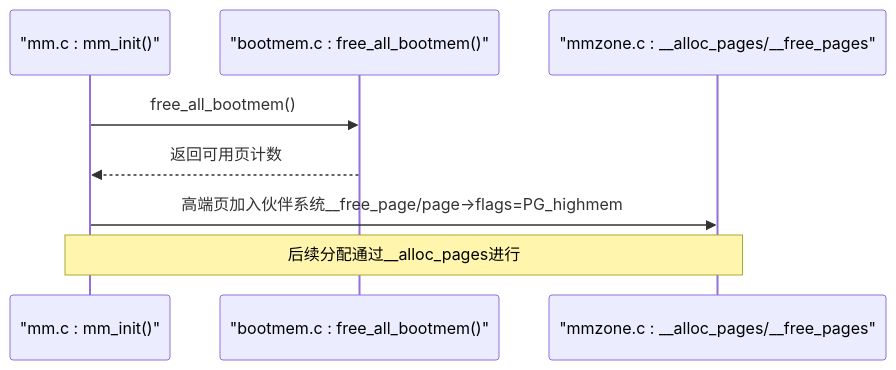
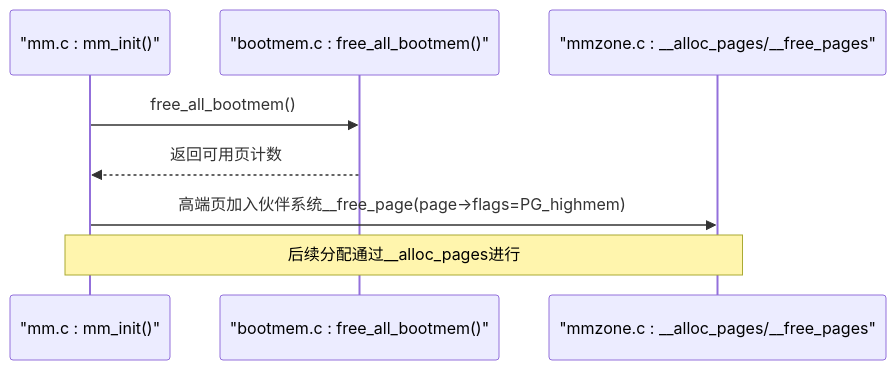
Before and after one commit to skcodestack/LulaOS: the sixth of 9 diagrams in .qoder/repowiki/zh/content/系统架构/内存架构设计/物理内存管理/高端内存支持.md, drawn with Mermaid. The commit also changed other lines of this file and 19 other files, not shown here.

````diff
--- a/.qoder/repowiki/zh/content/系统架构/内存架构设计/物理内存管理/高端内存支持.md
+++ b/.qoder/repowiki/zh/content/系统架构/内存架构设计/物理内存管理/高端内存支持.md
@@ -187,10 +251,10 @@
 ```mermaid
 sequenceDiagram
 participant M as "mm.c : mm_init()"
 participant B as "bootmem.c : free_all_bootmem()"
 participant Z as "mmzone.c : __alloc_pages/__free_pages"
 M->>B : free_all_bootmem()
 B-->>M : 返回可用页计数
-M->>Z : 高端页加入伙伴系统__free_page/page->flags=PG_highmem
+M->>Z : 高端页加入伙伴系统__free_page(page->flags=PG_highmem)
 Note over M,Z : 后续分配通过__alloc_pages进行
 ```
````
